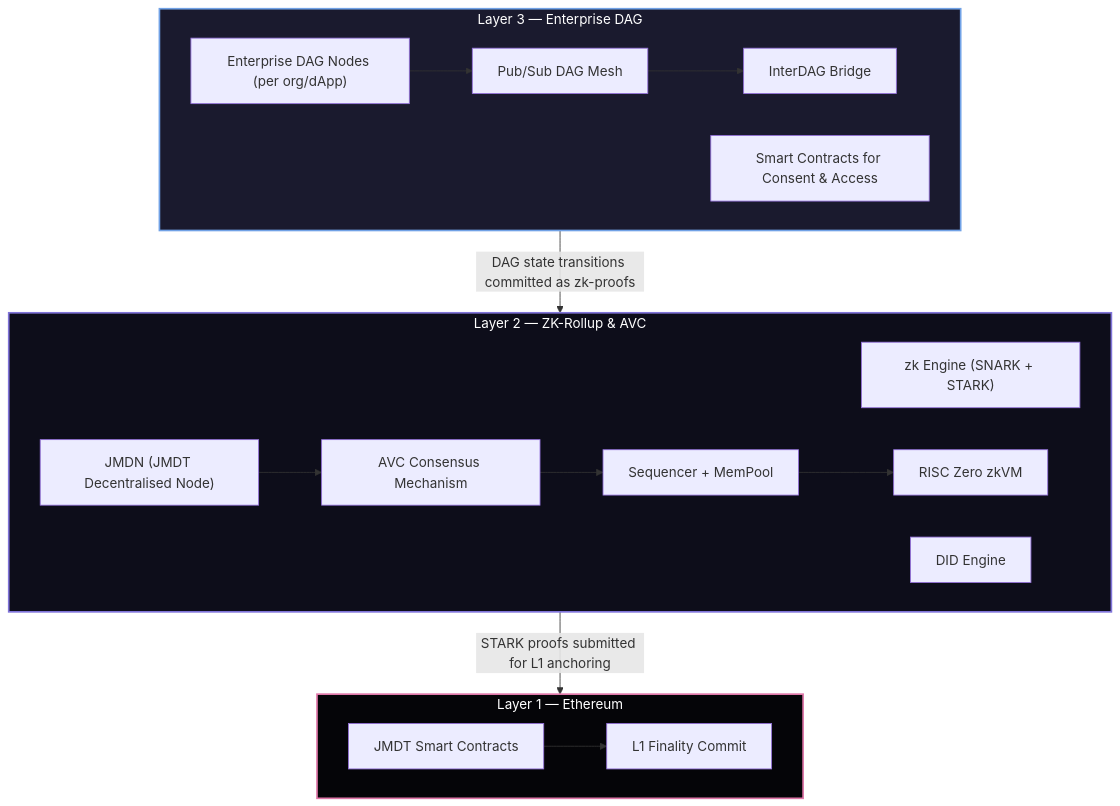
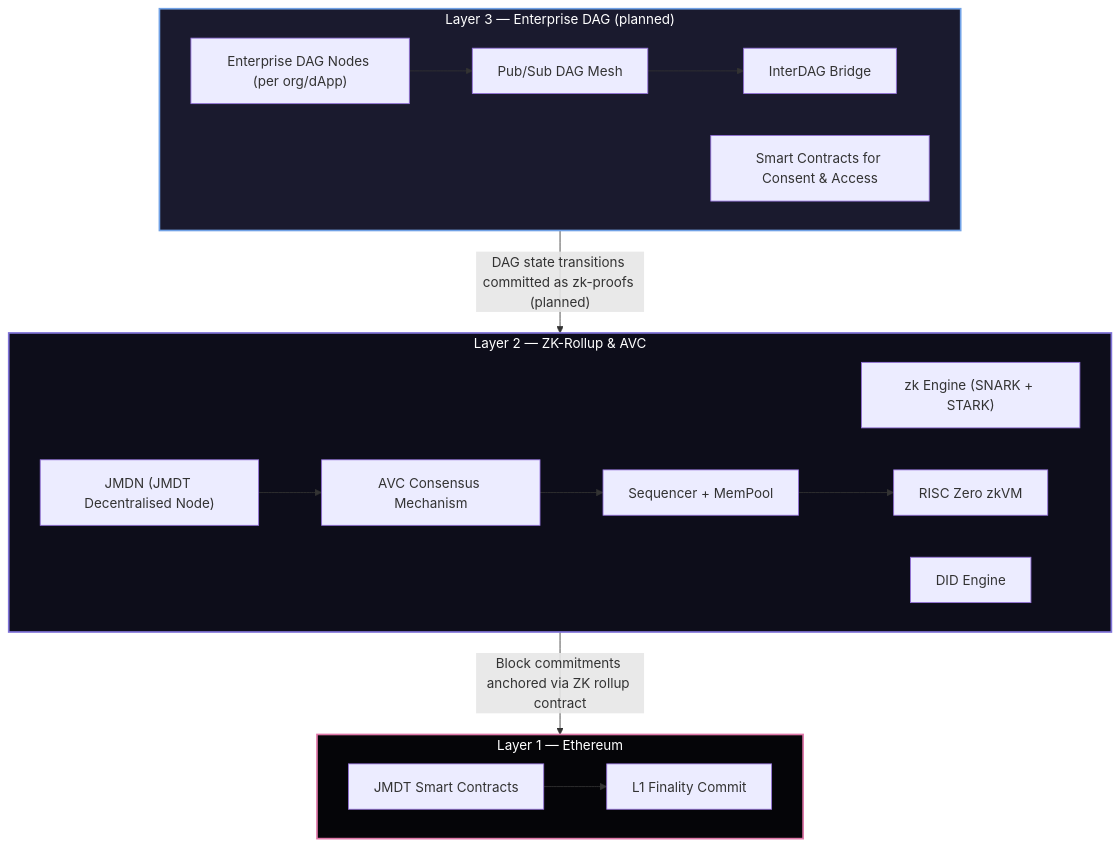
The diagram in docs/architecture.md (JupiterMetaLabs/docs), drawn with Mermaid before and after one commit. The commit also changed other lines of this file and 13 other files, not shown here.

````diff
--- a/docs/architecture.md
+++ b/docs/architecture.md
@@ -17,35 +17,35 @@
 ```mermaid
 graph TD
-    subgraph L3["Layer 3 — Enterprise DAG"]
+    subgraph L3["Layer 3 — Enterprise DAG (planned)"]
         A1["Enterprise DAG Nodes (per org/dApp)"]
         A2["Pub/Sub DAG Mesh"]
         A3["InterDAG Bridge"]
         A4["Smart Contracts for Consent & Access"]
         A1 --> A2
         A2 --> A3
     end
     style L3 fill:#1a1a2e,stroke:#71a2e6,stroke-width:2px,color:#fff
 
     subgraph L2["Layer 2 — ZK-Rollup & AVC"]
         B1["zk Engine (SNARK + STARK)"]
         B2["DID Engine"]
         B3["AVC Consensus Mechanism"]
         B4["Sequencer + MemPool"]
         B5["RISC Zero zkVM"]
         B6["JMDN (JMDT Decentralised Node)"]
         B3 --> B4
         B4 --> B5
         B6 --> B3
     end
     style L2 fill:#0d0d1a,stroke:#8074d9,stroke-width:2px,color:#fff
 
     subgraph L1["Layer 1 — Ethereum"]
         C1["JMDT Smart Contracts"]
         C2["L1 Finality Commit"]
         C1 --> C2
     end
     style L1 fill:#050508,stroke:#df77a8,stroke-width:2px,color:#fff
 
-    L3 -->|"DAG state transitions committed as zk-proofs"| L2
-    L2 -->|"STARK proofs submitted for L1 anchoring"| L1
+    L3 -->|"DAG state transitions committed as zk-proofs (planned)"| L2
+    L2 -->|"Block commitments anchored via ZK rollup contract"| L1
 ```
````
